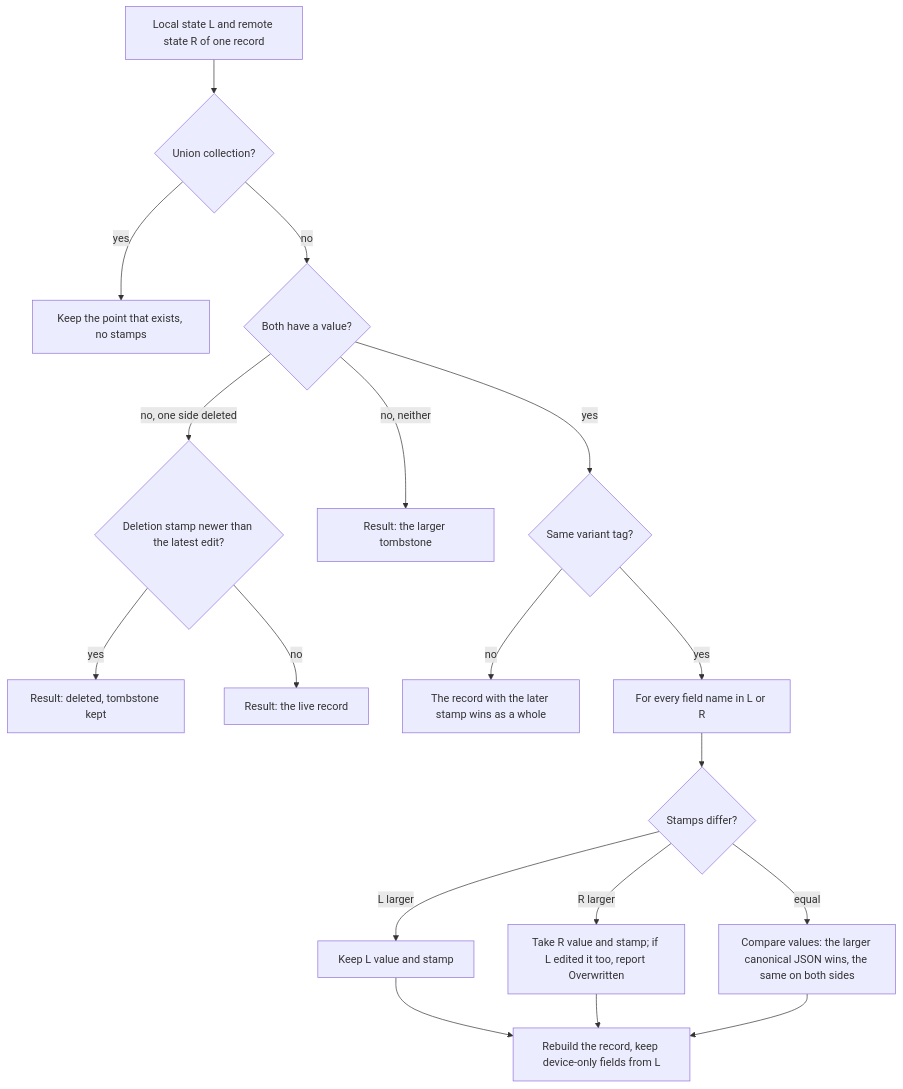
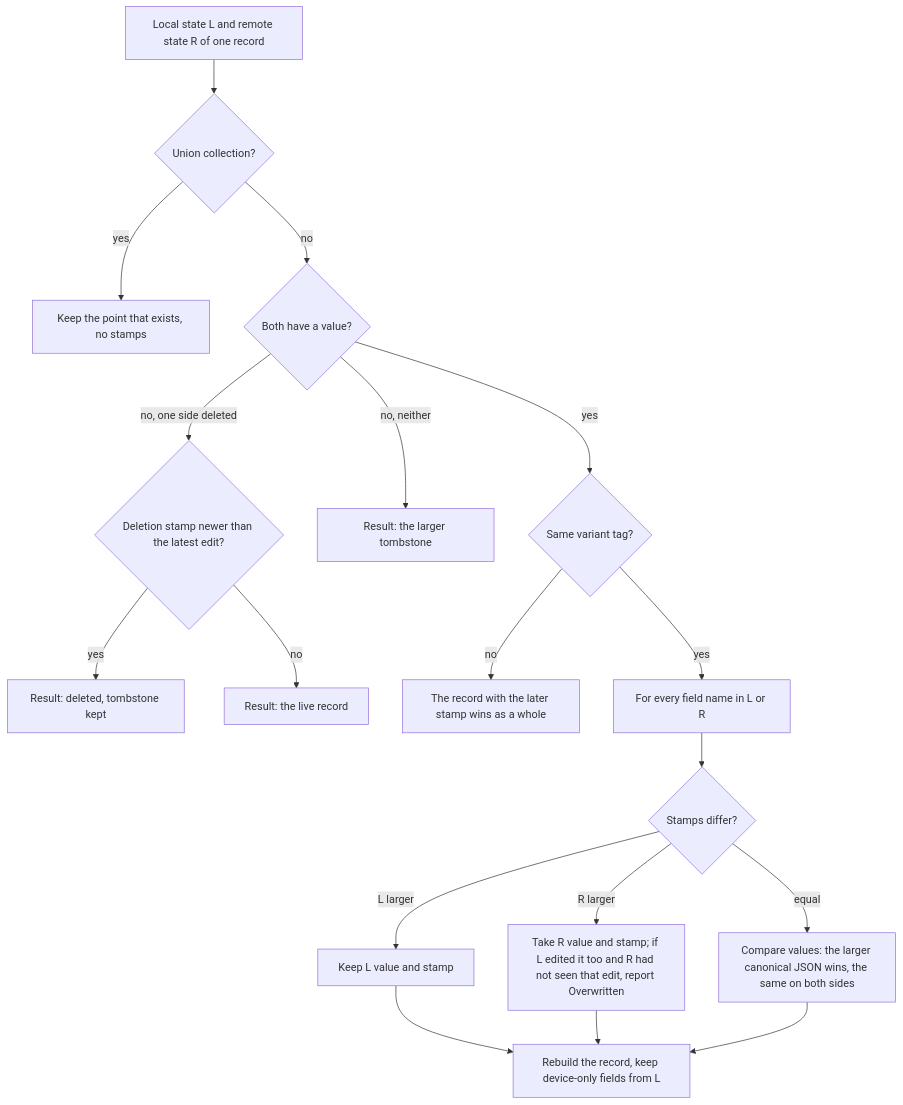
The second of 2 diagrams in docs/sync/exchange-and-merge.md (Reckeck/mwt), drawn with Mermaid before and after one commit. The commit also changed other lines of this file and 14 other files, not shown here.

````diff
--- a/docs/sync/exchange-and-merge.md
+++ b/docs/sync/exchange-and-merge.md
@@ -101,20 +101,20 @@
 ```mermaid
 flowchart TD
     S["Local state L and remote state R of one record"] --> U{"Union collection?"}
     U -- yes --> UN["Keep the point that exists, no stamps"]
     U -- no --> V{"Both have a value?"}
     V -- "no, one side deleted" --> D{"Deletion stamp newer than the latest edit?"}
     D -- yes --> T["Result: deleted, tombstone kept"]
     D -- no --> K["Result: the live record"]
     V -- "no, neither" --> TT["Result: the larger tombstone"]
     V -- yes --> TAG{"Same variant tag?"}
     TAG -- no --> WHOLE["The record with the later stamp wins as a whole"]
     TAG -- yes --> F["For every field name in L or R"]
     F --> SW{"Stamps differ?"}
     SW -- "L larger" --> KL["Keep L value and stamp"]
-    SW -- "R larger" --> KR["Take R value and stamp; if L edited it too, report Overwritten"]
+    SW -- "R larger" --> KR["Take R value and stamp; if L edited it too and R had not seen that edit, report Overwritten"]
     SW -- equal --> EQ["Compare values: the larger canonical JSON wins, the same on both sides"]
     KL --> OUT["Rebuild the record, keep device-only fields from L"]
     KR --> OUT
     EQ --> OUT
 ```
````
